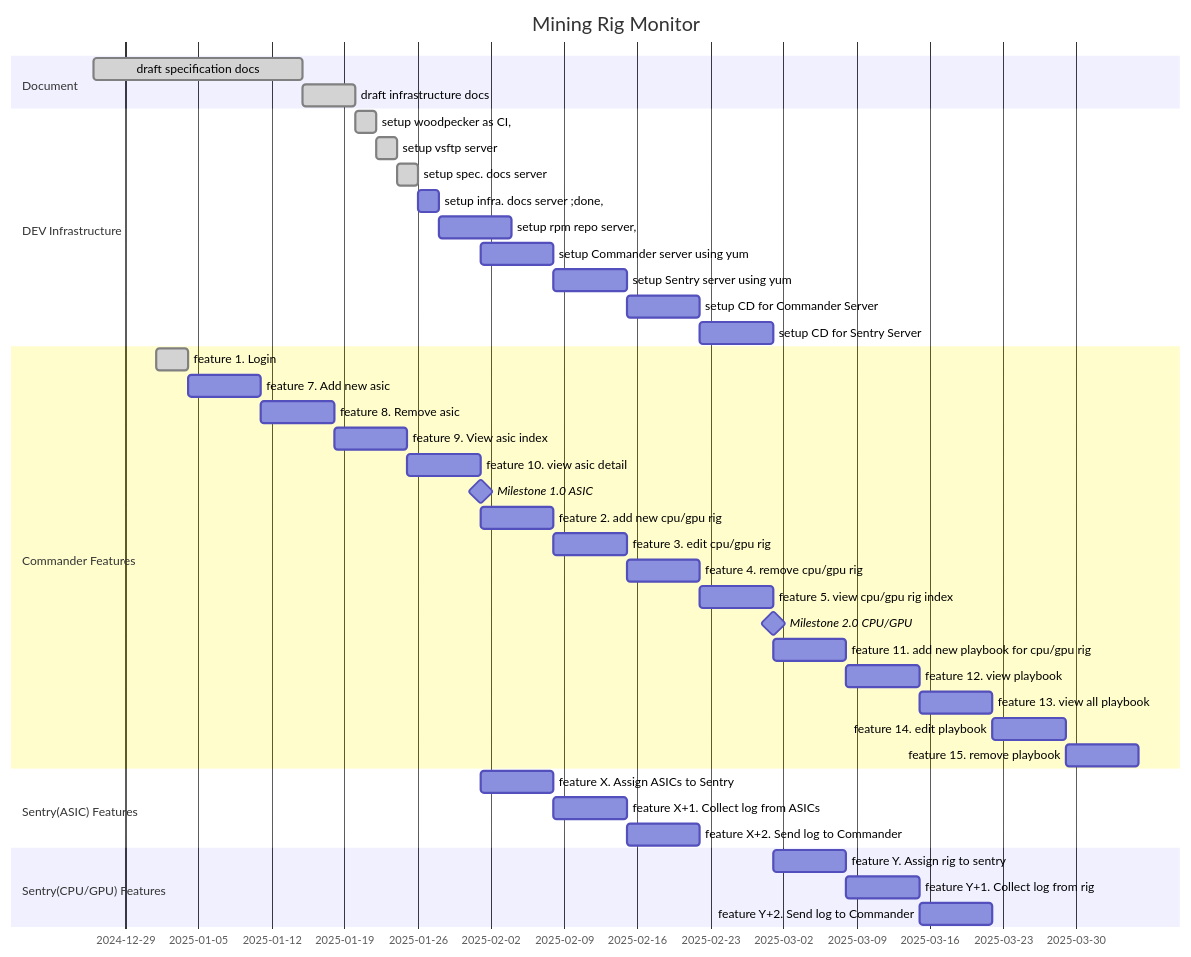
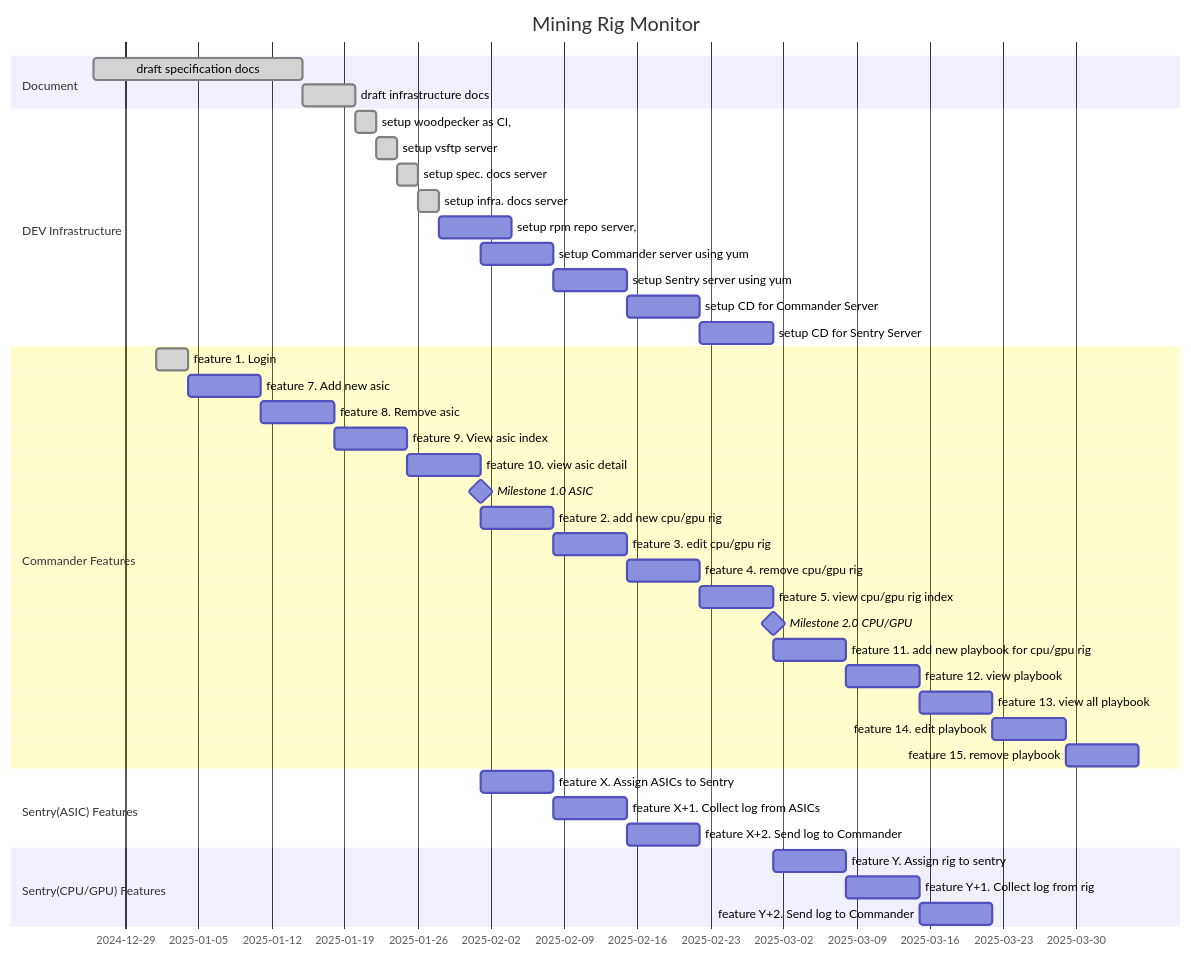
Before and after one commit to nguyenvinhlinh/Mining-Rig-Monitor-Document: the diagram in docs/06-project-management.md, drawn with Mermaid.

````diff
--- a/docs/06-project-management.md
+++ b/docs/06-project-management.md
@@ -4,53 +4,53 @@
 ```mermaid
 gantt
     title Mining Rig Monitor
     dateFormat YYYY-MM-DD
 
     section Document
         draft specification  docs      :done, :wsd, 2024-12-26, 20d
         draft infrastructure docs      :done, :wid, after wsd, 5d
     section DEV Infrastructure
         setup woodpecker as CI,        :done, :swci, after wid, 2d
         setup vsftp server             :done, :svsftp, after swci, 2d
         setup spec. docs server        :done, :ssds, after svsftp, 2d
-        setup infra. docs server       ;done, :sids, after ssds, 2d
+        setup infra. docs server       :done, :sids, after ssds, 2d
         setup rpm repo server,         :srps, after sids, 1w
 
         setup Commander server using yum :scs, after f10, 1w
         setup Sentry server using yum    :sss, after scs, 1w
         setup CD for Commander Server   :scdcs, after sss, 1w
         setup CD for Sentry Server      :scdss, after scdcs, 1w
     section Commander Features
         feature  1. Login              :done, :f01, 2025-01-01, 3d
 
         feature  7. Add new asic       :f07, after f01, 1w
         feature  8. Remove asic        :f08, after f07, 1w
         feature  9. View asic index    :f09, after f08, 1w
         feature 10. view asic detail   :f10, after f09, 1w
 
         Milestone 1.0 ASIC: milestone, m1, after f10, 2m
 
         feature 2. add new cpu/gpu rig    :f02, after f10, 1w
         feature 3. edit cpu/gpu rig       :f03, after f02, 1w
         feature 4. remove cpu/gpu rig     :f04, after f03, 1w
         feature 5. view cpu/gpu rig index :f05, after f04, 1w
 
         Milestone 2.0 CPU/GPU: milestone, m2, after f05, 2m
 
         feature 11. add new playbook for cpu/gpu rig  :f11, after f05, 1w
         feature 12. view playbook                     :f12, after f11, 1w
         feature 13. view all playbook                 :f13, after f12, 1w
         feature 14. edit playbook                     :f14, after f13, 1w
         feature 15. remove playbook                   :f15, after f14, 1w
 
     section Sentry(ASIC) Features
         feature X. Assign ASICs to Sentry    :fx,  after f10, 1w
         feature X+1. Collect log from ASICs  :fx1, after fx,  1w
         feature X+2. Send log to Commander   :fx2, after fx1, 1w
 
     section Sentry(CPU/GPU) Features
         feature Y. Assign rig to sentry    :fy, after f05, 1w
         feature Y+1. Collect log from rig  :fy1, after fy, 1w
         feature Y+2. Send log to Commander :fy2, after fy1, 1w
 
 ```
````
